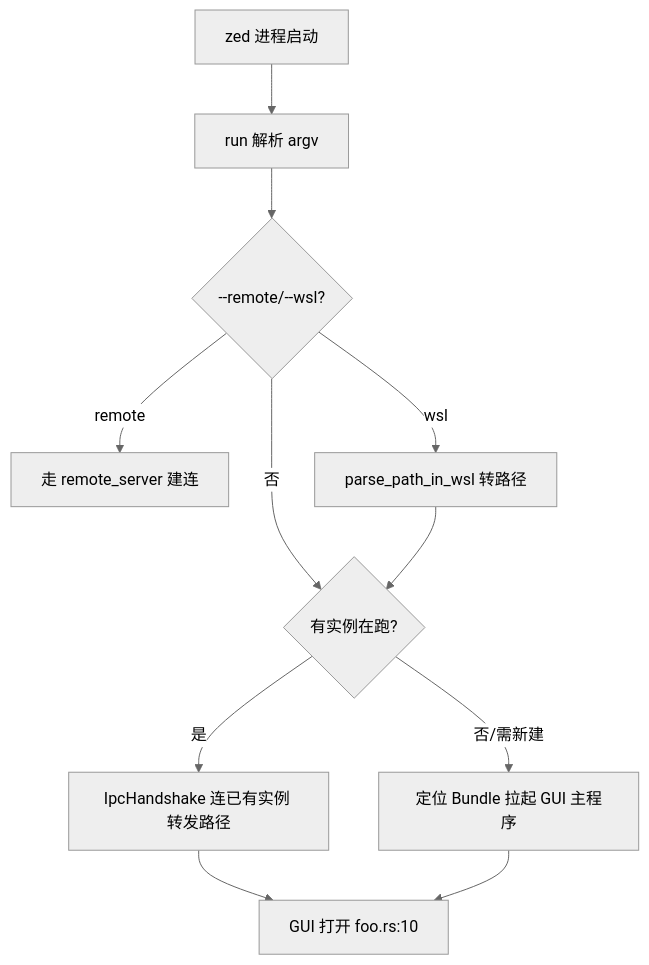
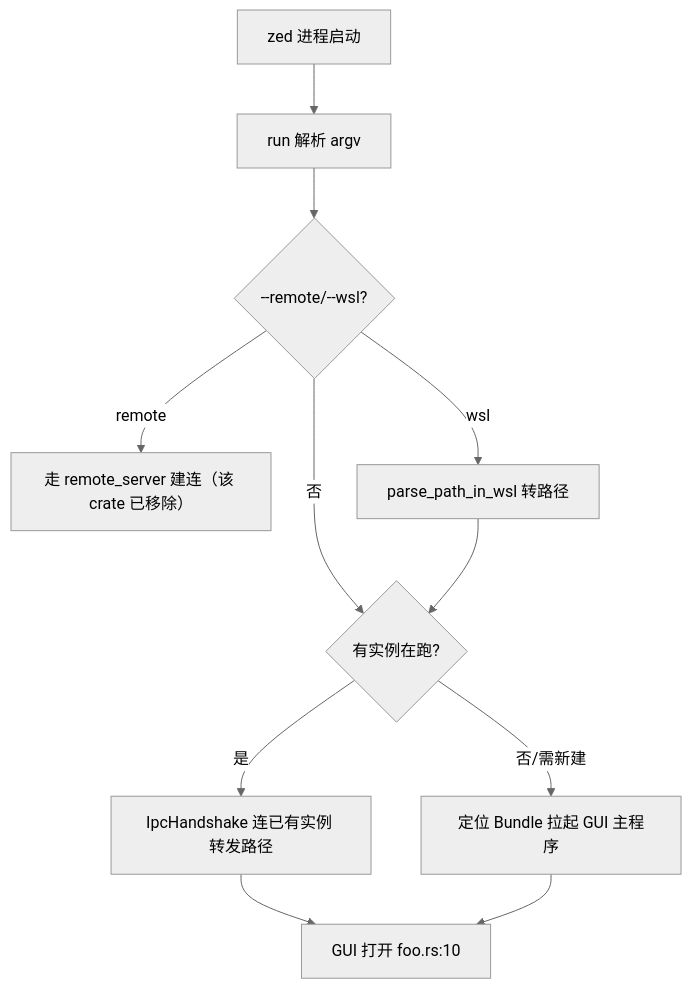
One commit to rzhangjing/zed changed the diagram in wiki/CLI-and-Packaging-Deep-Dive.md. Above: the diagram before and after it, drawn with Mermaid (neutral theme). The commit also changed other lines of this file and 50 other files, not shown here.

````diff
--- a/wiki/CLI-and-Packaging-Deep-Dive.md
+++ b/wiki/CLI-and-Packaging-Deep-Dive.md
@@ -60,13 +60,13 @@
 ```mermaid
 graph TB
     A[zed 进程启动] --> B[run 解析 argv]
     B --> C{--remote/--wsl?}
-    C -->|remote| D[走 remote_server 建连]
+    C -->|remote| D["走 remote_server 建连（该 crate 已移除）"]
     C -->|wsl| E[parse_path_in_wsl 转路径]
     C -->|否| F{有实例在跑?}
     E --> F
     F -->|是| G[IpcHandshake 连已有实例 转发路径]
     F -->|否/需新建| H[定位 Bundle 拉起 GUI 主程序]
     G --> I[GUI 打开 foo.rs:10]
     H --> I
 ```
````
